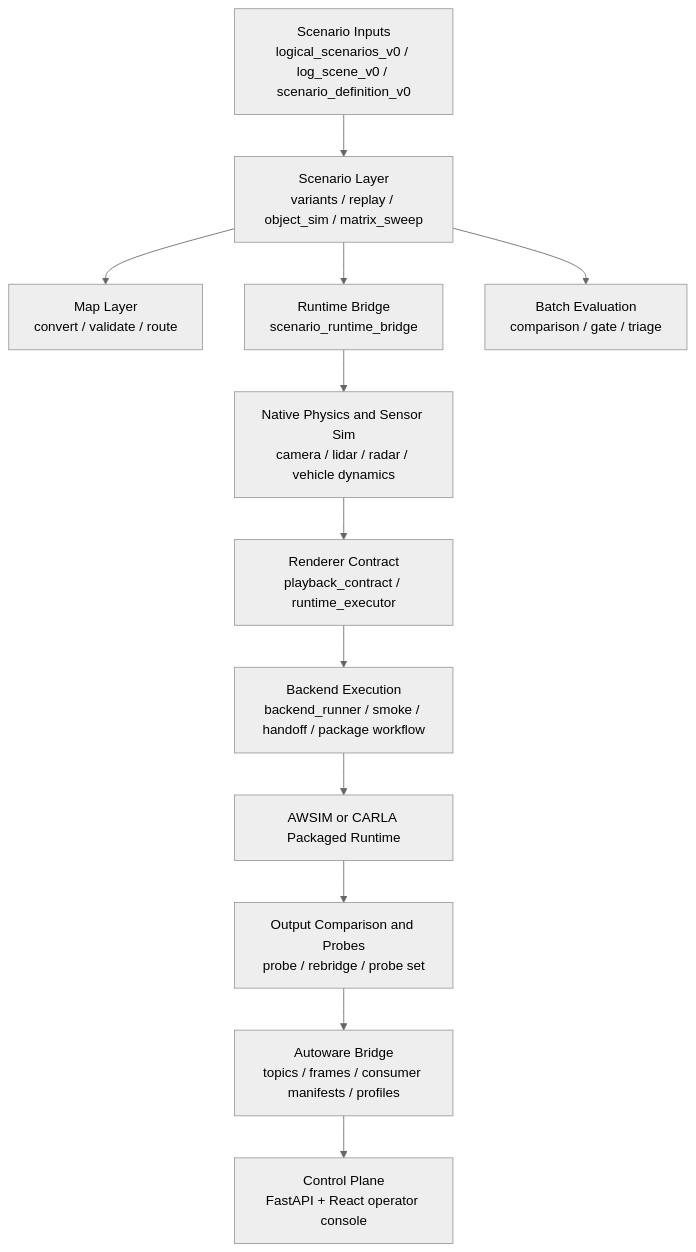
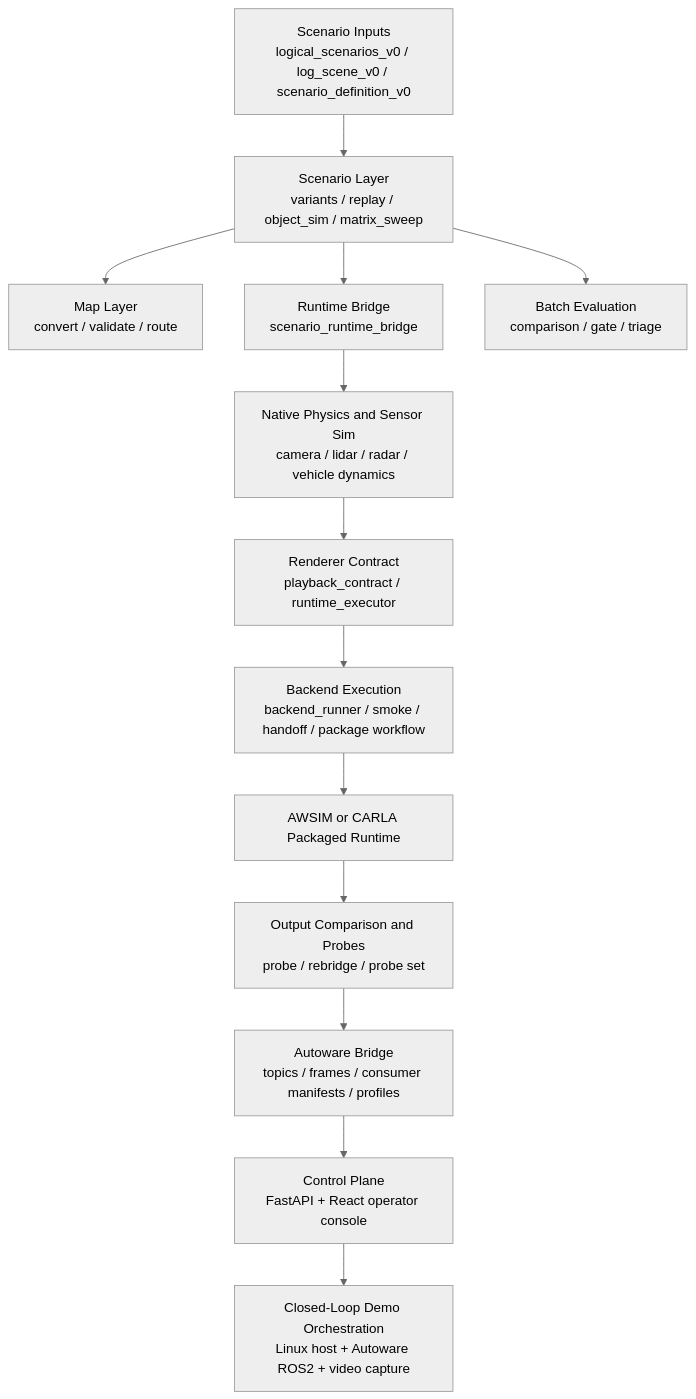
One commit to SeongcheolJeong/hybrid-sensor-sim changed the first of 4 diagrams in docs/architecture_guide.md. Above: the diagram before and after it, drawn with Mermaid (neutral theme). The commit also changed other lines of this file and 17 other files, not shown here.

Commit message:
Add AWSIM closed-loop demo orchestration workflow

````diff
--- a/docs/architecture_guide.md
+++ b/docs/architecture_guide.md
@@ -47,14 +53,15 @@
 ```mermaid
 flowchart TD
     A["Scenario Inputs<br/>logical_scenarios_v0 / log_scene_v0 / scenario_definition_v0"] --> B["Scenario Layer<br/>variants / replay / object_sim / matrix_sweep"]
     B --> C["Map Layer<br/>convert / validate / route"]
     B --> D["Runtime Bridge<br/>scenario_runtime_bridge"]
     B --> E["Batch Evaluation<br/>comparison / gate / triage"]
     D --> F["Native Physics and Sensor Sim<br/>camera / lidar / radar / vehicle dynamics"]
     F --> G["Renderer Contract<br/>playback_contract / runtime_executor"]
     G --> H["Backend Execution<br/>backend_runner / smoke / handoff / package workflow"]
     H --> I["AWSIM or CARLA Packaged Runtime"]
     I --> J["Output Comparison and Probes<br/>probe / rebridge / probe set"]
     J --> K["Autoware Bridge<br/>topics / frames / consumer manifests / profiles"]
     K --> L["Control Plane<br/>FastAPI + React operator console"]
+    L --> M["Closed-Loop Demo Orchestration<br/>Linux host + Autoware ROS2 + video capture"]
 ```
````
